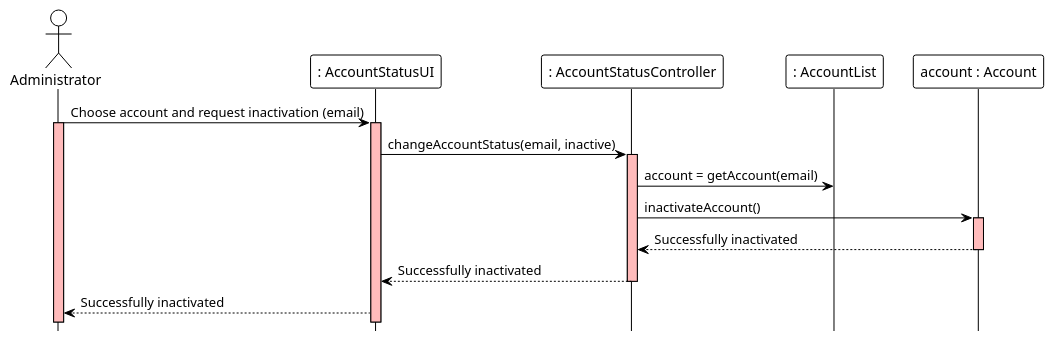
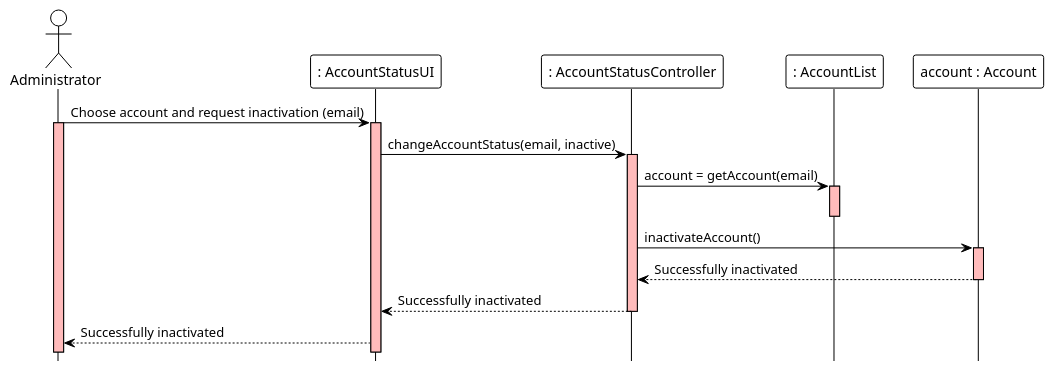
Before and after one commit to ivo-menezes/project_g3: the diagram in docs/modelling_design/user_stories/us005/US005_InactivateUserAccountSD.puml, drawn with PlantUML. The commit also changed 3 other files, not shown here.

```diff
--- a/docs/modelling_design/user_stories/us005/US005_InactivateUserAccountSD.puml
+++ b/docs/modelling_design/user_stories/us005/US005_InactivateUserAccountSD.puml
@@ -1,33 +1,26 @@
 @startuml
 !theme plain
 hide footbox
 
 actor Administrator  as Administrator #white
 participant ": AccountStatusUI" as UI #white
 participant ": AccountStatusController" as Controller #white
-'participant ": Services" as Services #white
 participant ": AccountList" as AccountList #white
 participant "account : Account" as Account #white
 
 Administrator ->  UI : Choose account and request inactivation (email)
 activate UI #FFBBBB
-'activate Controller #FFBBBB
 activate Administrator #FFBBBB
 UI -> Controller: changeAccountStatus(email, inactive)
 activate Controller #FFBBBB
 Controller -> AccountList: account = getAccount(email)
-'activate Services #FFBBBB
-'activate AccountList #FFBBBB
-'AccountList -> AccountList: account = getAccount(email)
-
+activate AccountList #FFBBBB
 deactivate AccountList
 Controller -> Account: inactivateAccount()
 activate Account #FFBBBB
 Account --> Controller : Successfully inactivated
 deactivate Account
-'AccountList --> Controller : Successfully inactivated
-'deactivate Services
 Controller --> UI : Successfully inactivated
 deactivate Controller
 UI --> Administrator: Successfully inactivated
 @enduml
```
